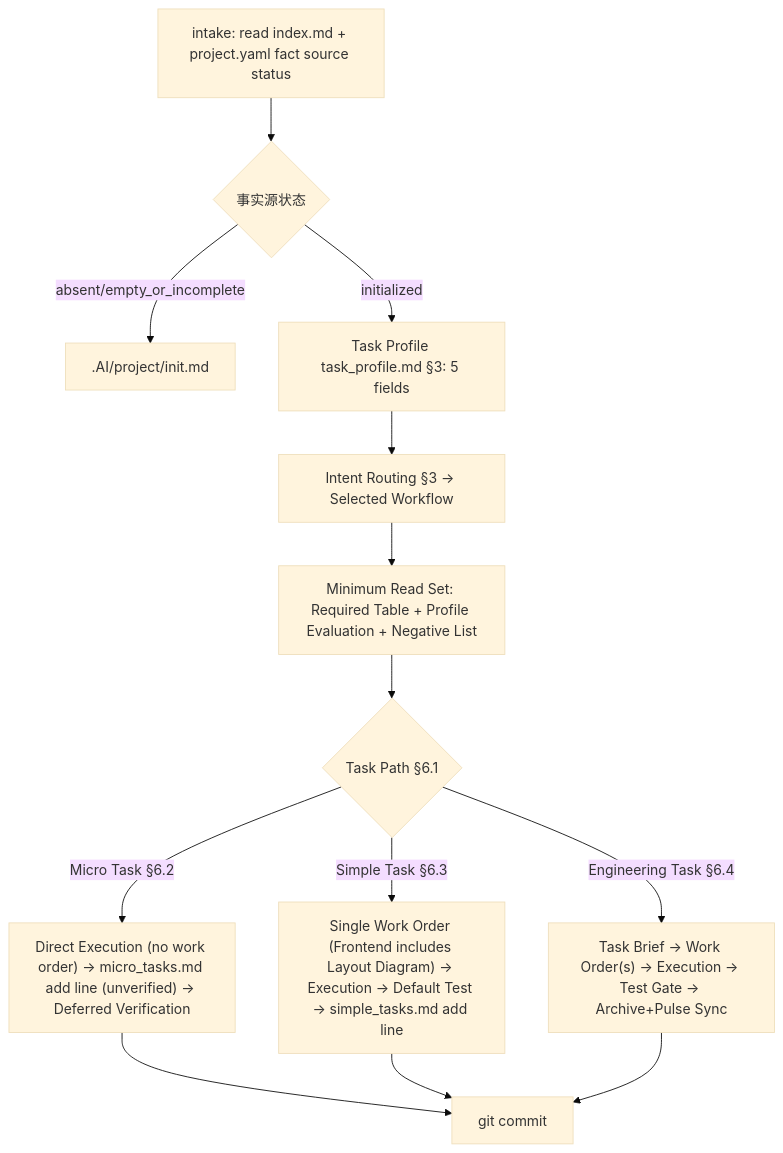
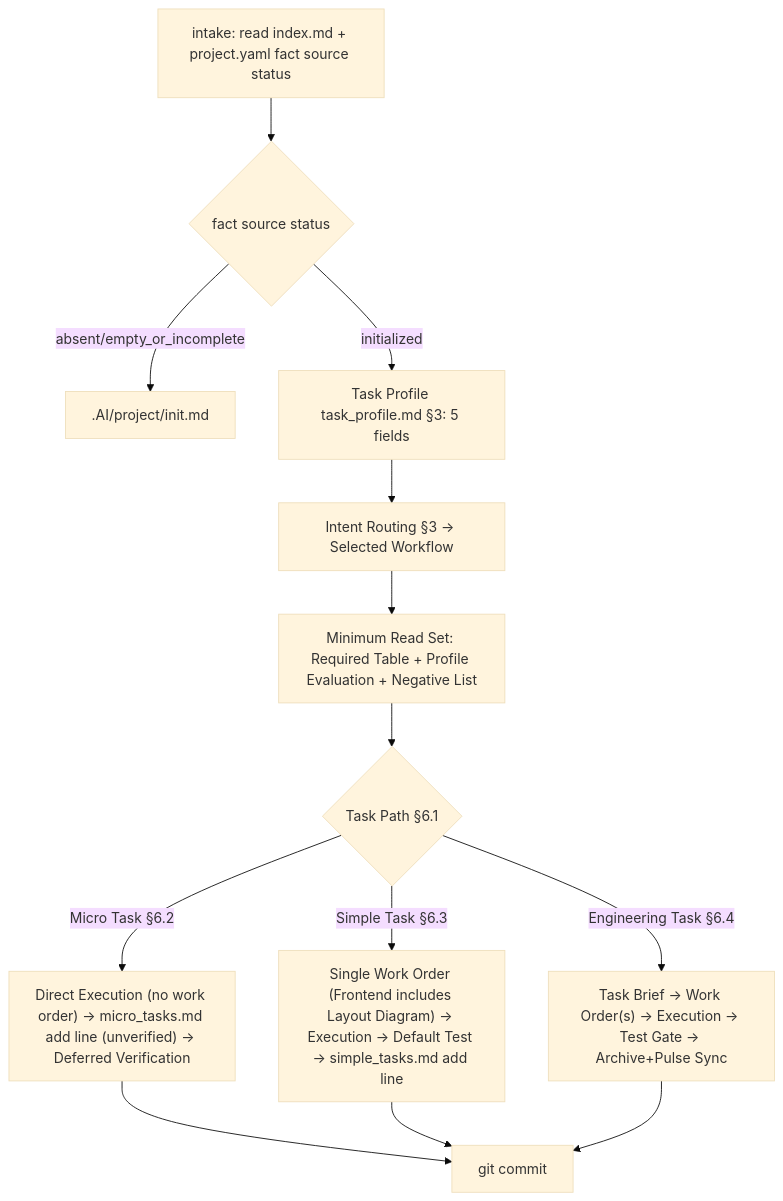
The diagram in .AI/start.md (ldscfe/ALDS), drawn with Mermaid (base theme) before and after one commit. The commit also changed other lines of this file and 8 other files, not shown here.

First line of the commit message:
Update spec content across standards, start flow, workflows, and skills

````diff
--- a/.AI/start.md
+++ b/.AI/start.md
@@ -37,15 +37,15 @@
 ```mermaid
 flowchart TD
-  A["intake: read index.md + project.yaml fact source status"] --> B{事实源状态}
+  A["intake: read index.md + project.yaml fact source status"] --> B{"fact source status"}
   B -- absent/empty_or_incomplete --> I[".AI/project/init.md"]
   B -- initialized --> C["Task Profile task_profile.md §3: 5 fields"]
   C --> D["Intent Routing §3 → Selected Workflow"]
   D --> E["Minimum Read Set: Required Table + Profile Evaluation + Negative List"]
   E --> F{Task Path §6.1}
   F -- "Micro Task §6.2" --> G0["Direct Execution (no work order) → micro_tasks.md add line (unverified) → Deferred Verification"]
   F -- "Simple Task §6.3" --> G1["Single Work Order (Frontend includes Layout Diagram) → Execution → Default Test → simple_tasks.md add line"]
   F -- "Engineering Task §6.4" --> G2["Task Brief → Work Order(s) → Execution → Test Gate → Archive+Pulse Sync"]
   G0 --> K["git commit"]
   G1 --> K
   G2 --> K
 ```
````
